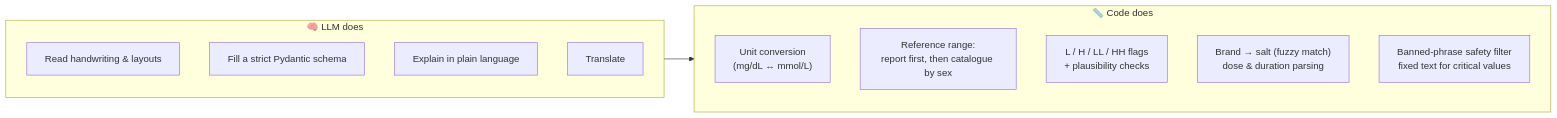
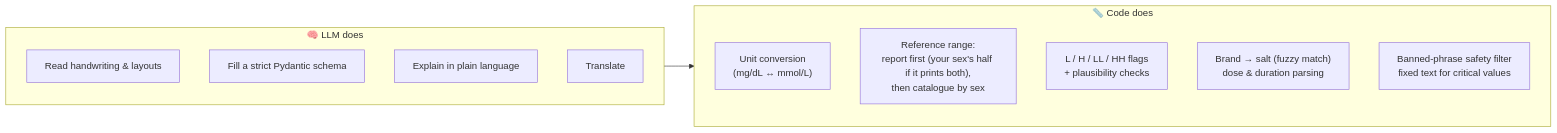
One commit to ProgVon/AI-Powered-Personal-Health-Copilot-RB-21 changed the fourth of 5 diagrams in README.md. Above: the diagram before and after it, drawn with Mermaid. The commit also changed other lines of this file and 18 other files, not shown here.

````diff
--- a/README.md
+++ b/README.md
@@ -165,17 +176,17 @@
 ```mermaid
 flowchart LR
     subgraph LLM["🧠 LLM does"]
         L1[Read handwriting & layouts]
         L2[Fill a strict Pydantic schema]
         L3[Explain in plain language]
         L4[Translate]
     end
     subgraph Code["📏 Code does"]
         C1["Unit conversion<br/>(mg/dL ↔ mmol/L)"]
-        C2["Reference range:<br/>report first, then catalogue by sex"]
+        C2["Reference range:<br/>report first (your sex's half if it prints both),<br/>then catalogue by sex"]
         C3["L / H / LL / HH flags<br/>+ plausibility checks"]
         C4["Brand → salt (fuzzy match)<br/>dose & duration parsing"]
         C5["Banned-phrase safety filter<br/>fixed text for critical values"]
     end
     LLM --> Code
 ```
````
